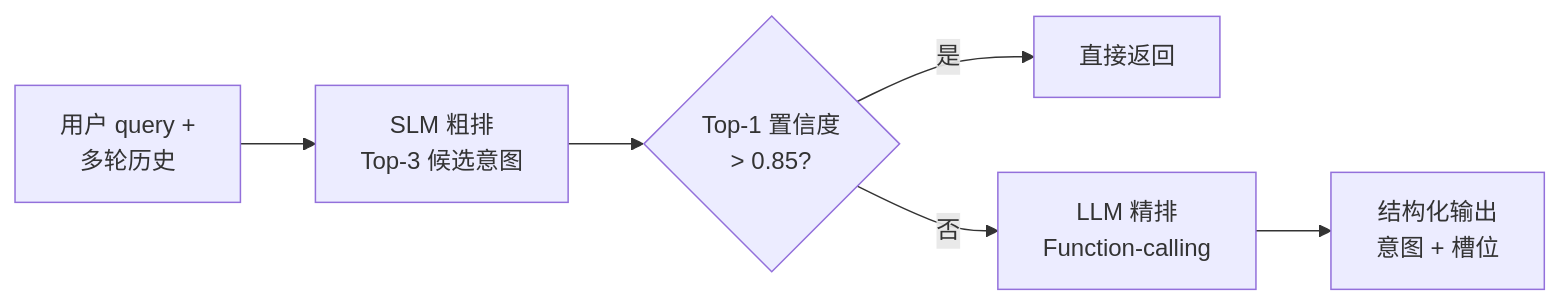
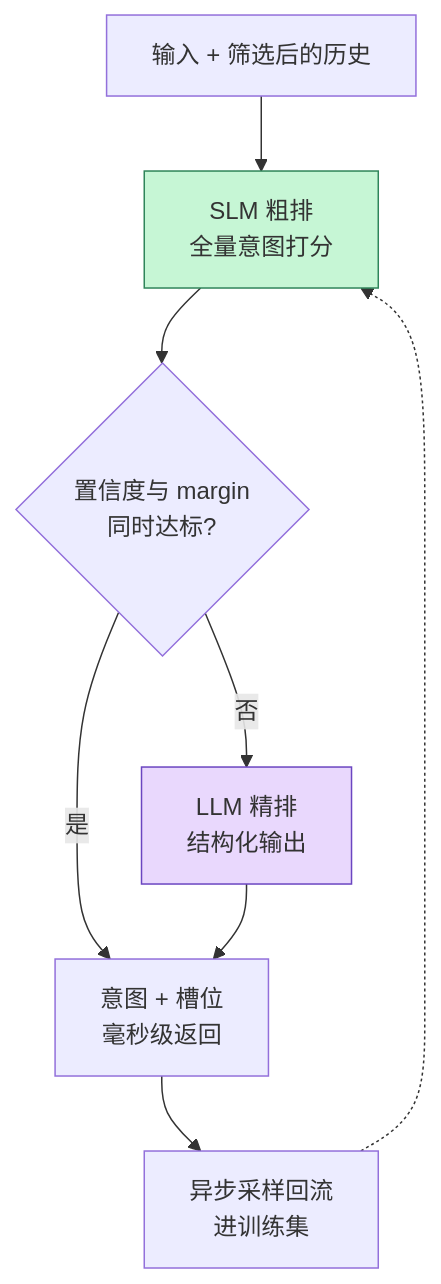
The seventh of 7 diagrams in content/posts/intent-recognition-slm-vs-function-calling.md (tanteng/blog), drawn with Mermaid before and after one commit. The commit also changed other lines of this file, not shown here.

Commit message:
docs: 重写意图识别 SLM vs Function Calling 文章

````diff
--- a/content/posts/intent-recognition-slm-vs-function-calling.md
+++ b/content/posts/intent-recognition-slm-vs-function-calling.md
@@ -241,8 +676,12 @@
 ```mermaid
-graph LR
-    A[用户 query +<br/>多轮历史] --> B[SLM 粗排<br/>Top-3 候选意图]
-    B --> C{Top-1 置信度<br/>> 0.85?}
-    C -->|是| D[直接返回]
-    C -->|否| E[LLM 精排<br/>Function-calling]
-    E --> F[结构化输出<br/>意图 + 槽位]
+graph TD
+    A[输入 + 筛选后的历史] --> B[SLM 粗排<br/>全量意图打分]
+    B --> C{置信度与 margin<br/>同时达标?}
+    C -->|是| D[意图 + 槽位<br/>毫秒级返回]
+    C -->|否| E[LLM 精排<br/>结构化输出]
+    E --> D
+    D --> F[异步采样回流<br/>进训练集]
+    F -.-> B
+    style B fill:#c6f6d5,stroke:#2f855a
+    style E fill:#e9d8fd,stroke:#6b46c1
 ```
````
